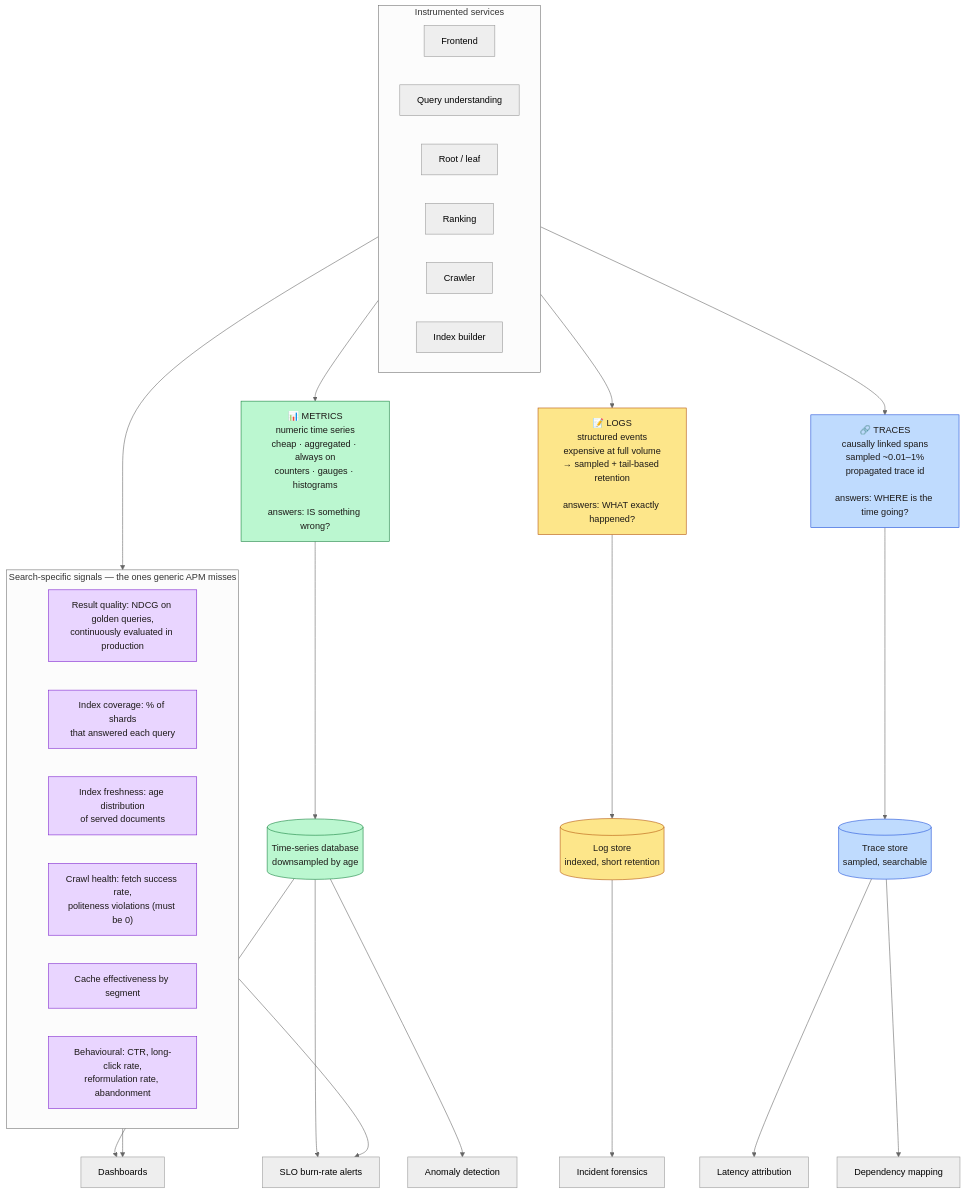
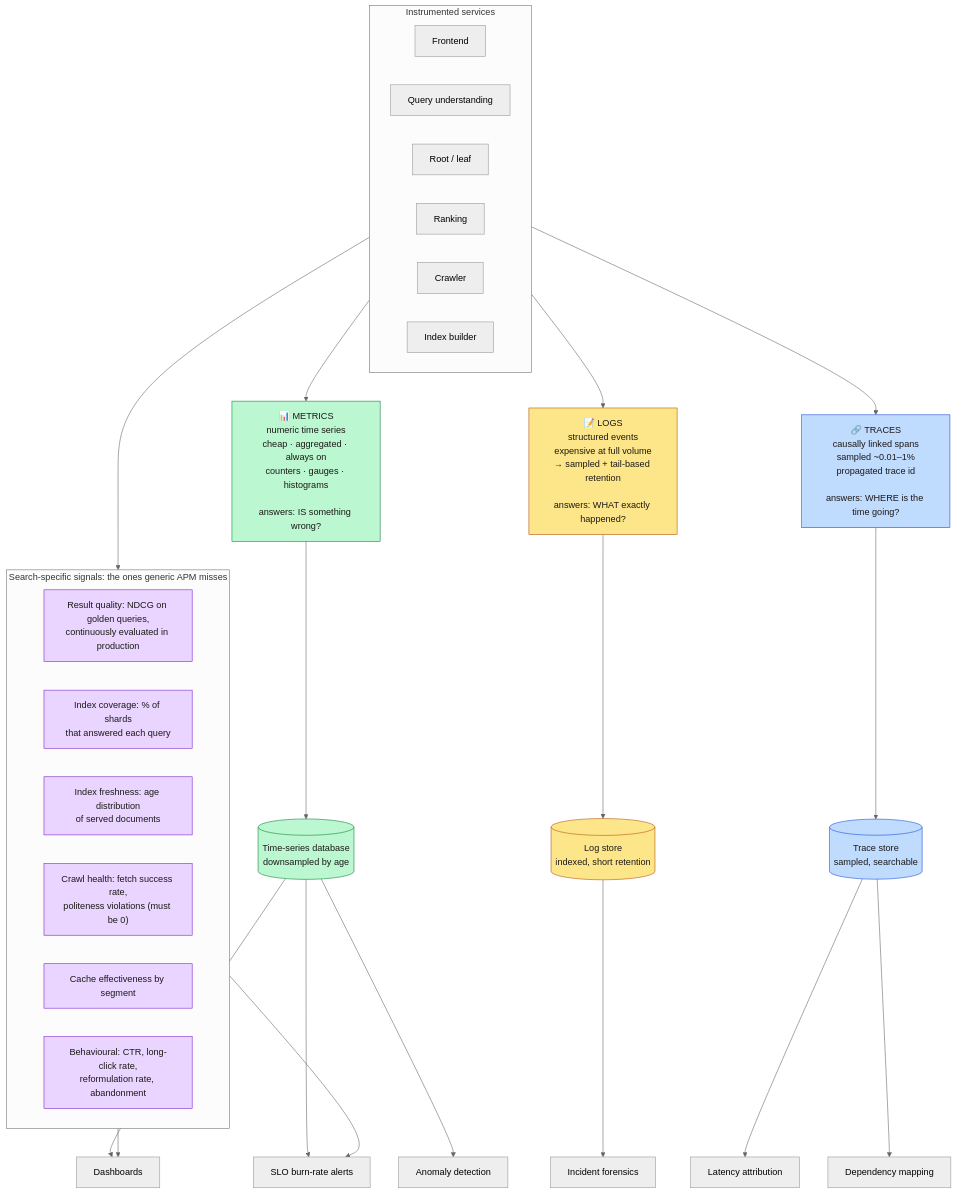
The first of 4 diagrams in docs/en/13-observability.md (ahmedselimmansor-ctrl/google-search-system-design), drawn with Mermaid (neutral theme) before and after one commit. The commit also changed other lines of this file and 89 other files, not shown here.

````diff
--- a/docs/en/13-observability.md
+++ b/docs/en/13-observability.md
@@ -19,47 +19,47 @@
 ```mermaid
 flowchart TB
     subgraph SOURCES["Instrumented services"]
         SV1["Frontend"]
         SV2["Query understanding"]
         SV3["Root / leaf"]
         SV4["Ranking"]
         SV5["Crawler"]
         SV6["Index builder"]
     end
 
     SOURCES --> M["📊 METRICS<br/>numeric time series<br/>cheap · aggregated · always on<br/>counters · gauges · histograms<br/><br/>answers: IS something wrong?"]
     SOURCES --> L["📝 LOGS<br/>structured events<br/>expensive at full volume<br/>→ sampled + tail-based retention<br/><br/>answers: WHAT exactly happened?"]
     SOURCES --> T["🔗 TRACES<br/>causally linked spans<br/>sampled ~0.01–1%<br/>propagated trace id<br/><br/>answers: WHERE is the time going?"]
 
     M --> TS[("Time-series database<br/>downsampled by age")]
     L --> LS[("Log store<br/>indexed, short retention")]
     T --> TR[("Trace store<br/>sampled, searchable")]
 
     TS --> D1["Dashboards"]
     TS --> D2["SLO burn-rate alerts"]
     TS --> D3["Anomaly detection"]
     LS --> D4["Incident forensics"]
     TR --> D5["Latency attribution"]
     TR --> D6["Dependency mapping"]
 
-    subgraph QUALITY["Search-specific signals — the ones generic APM misses"]
+    subgraph QUALITY["Search-specific signals: the ones generic APM misses"]
         Q1["Result quality: NDCG on golden queries,<br/>continuously evaluated in production"]
         Q2["Index coverage: % of shards<br/>that answered each query"]
         Q3["Index freshness: age distribution<br/>of served documents"]
         Q4["Crawl health: fetch success rate,<br/>politeness violations (must be 0)"]
         Q5["Cache effectiveness by segment"]
         Q6["Behavioural: CTR, long-click rate,<br/>reformulation rate, abandonment"]
     end
 
     SOURCES --> QUALITY
     QUALITY --> D1 & D2
 
     classDef metric fill:#bbf7d0,stroke:#15803d,color:#1c1917
     classDef log fill:#fde68a,stroke:#b45309,color:#1c1917
     classDef trace fill:#bfdbfe,stroke:#1d4ed8,color:#1c1917
     classDef qual fill:#e9d5ff,stroke:#7e22ce,color:#1c1917
     class M,TS metric
     class L,LS log
     class T,TR trace
     class Q1,Q2,Q3,Q4,Q5,Q6 qual
 ```
````
